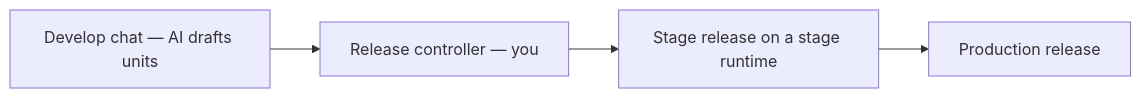
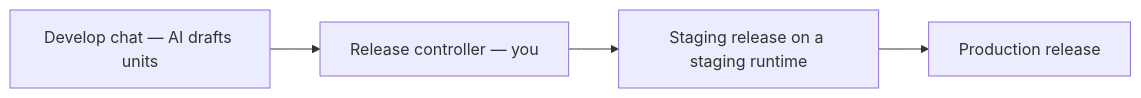
Before and after one commit to BaaSForge/baasforge-frontend-vite: the diagram in docs-site/app/platform/releases/page.mdx, drawn with Mermaid. The commit also changed other lines of this file and 17 other files, not shown here.

````diff
--- a/docs-site/app/platform/releases/page.mdx
+++ b/docs-site/app/platform/releases/page.mdx
@@ -19,6 +19,6 @@
 ```mermaid
 flowchart LR
   Chat[Develop chat — AI drafts units] --> RC[Release controller — you]
-  RC --> Stage[Stage release on a stage runtime]
+  RC --> Stage[Staging release on a staging runtime]
   Stage --> Prod[Production release]
 ```
````
